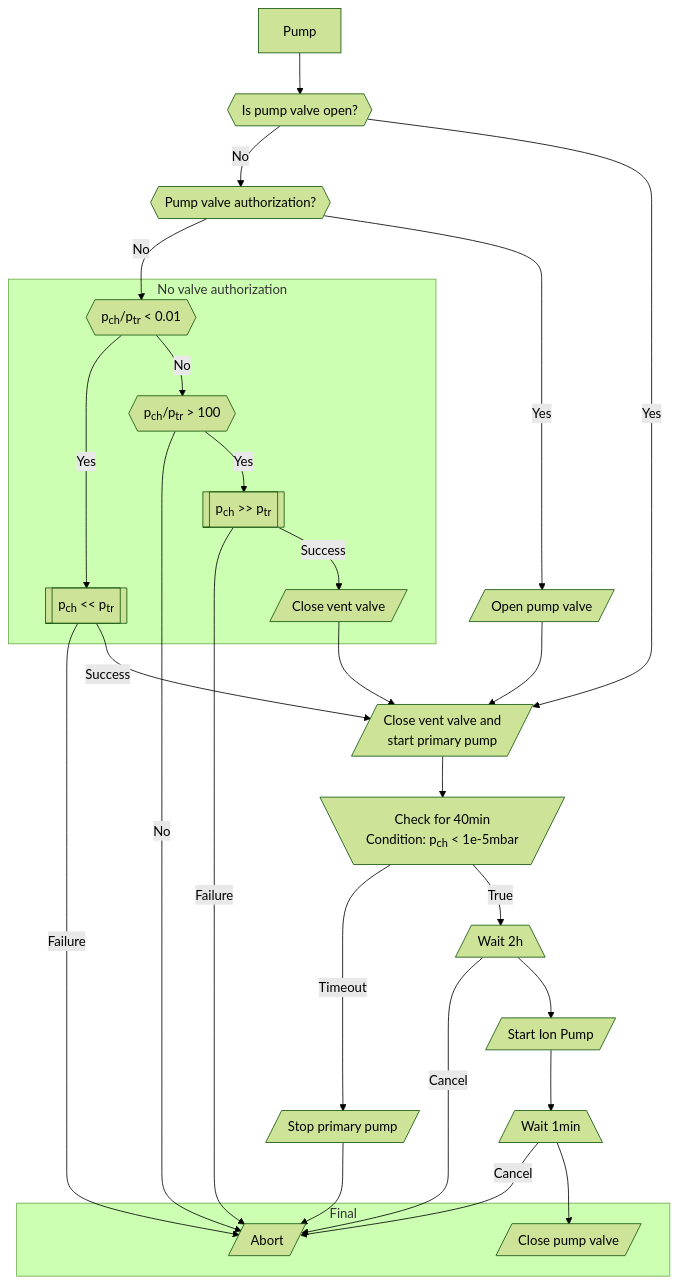
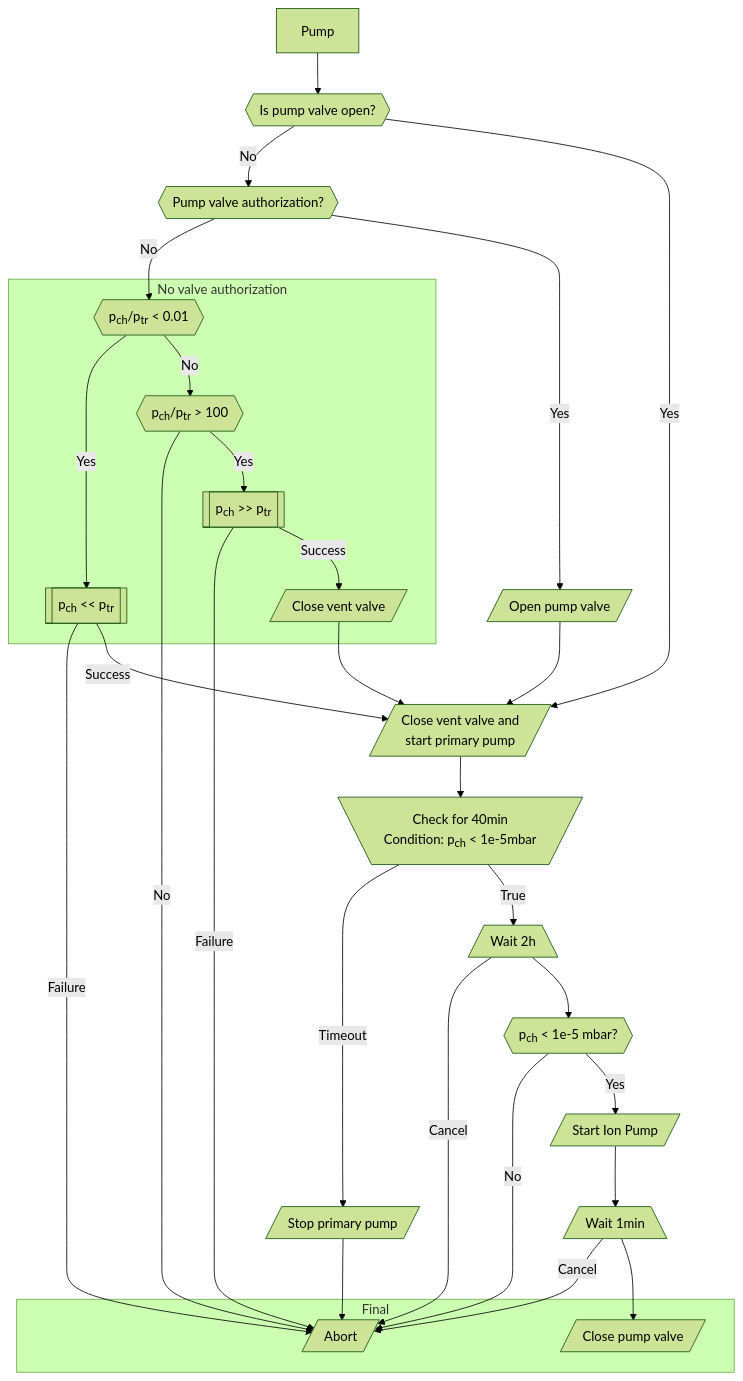
The eighth of 11 diagrams in docs/src/workflows.md (parkourlrc/pcb-trappitsch--cryostorage-42fec10e6a), drawn with Mermaid (forest theme) before and after one commit. The commit also changed other lines of this file and 4 other files, not shown here.

````diff
--- a/docs/src/workflows.md
+++ b/docs/src/workflows.md
@@ -202,42 +210,44 @@
 ```mermaid
   flowchart TD
     T[Pump] --> IsOP
     IsOP{{Is pump valve open?}} -->|No| OPAuth
     OPAuth{{Pump valve authorization?}}
     OPAuth -->|No| PCL
     OPAuth -->|Yes| OP
     OP[/Open pump valve/]
     OP --> PP
     IsOP -->|Yes| PP
     PP[/"Close vent valve and
          start primary pump"/] --> PCHK
     PCHK[\"Check for 40min 
         Condition: p<sub>ch</sub> < 1e-5mbar"/]
     PCHK -->|Timeout| StPP[/Stop primary pump/] --> Err
     PCHK -->|True| IPTIM
     IPTIM --> |Cancel| Err
-    IPTIM[/Wait 2h\] --> IP
+    IPTIM[/Wait 2h\] --> IPPcheck
+    IPPcheck{{p<sub>ch</sub> < 1e-5 mbar?}} -->|No| Err
+    IPPcheck -->|Yes| IP
     IP[/Start Ion Pump/] -->
     ValveTim --> |Cancel| Err
     ValveTim[/Wait 1min\] --> Valve
 
     subgraph Level3 [Final]
       Valve[/Close pump valve/]
       Err[/Abort/]
     end
 
     subgraph Level2 [No valve authorization]
       %% Branch where pch << ptr
       PCL{{p<sub>ch</sub>/p<sub>tr</sub> < 0.01}} -->|Yes| PCLW
       %% Branch where pch >> ptr
       PCL -->|No| PCH{{p<sub>ch</sub>/p<sub>tr</sub> > 100}} 
       PCH -->|No| Err
       PCH -->|Yes| PCHW
       PCHW[[p<sub>ch</sub> >> p<sub>tr</sub>]]
       CVV[/Close vent valve/]
     end
     PCLW -->|Failure| Err
     PCLW[[p<sub>ch</sub> << p<sub>tr</sub>]] -->|Success| PP
     PCHW -->|Failure| Err
     PCHW -->|Success| CVV --> PP 
 ```
````
